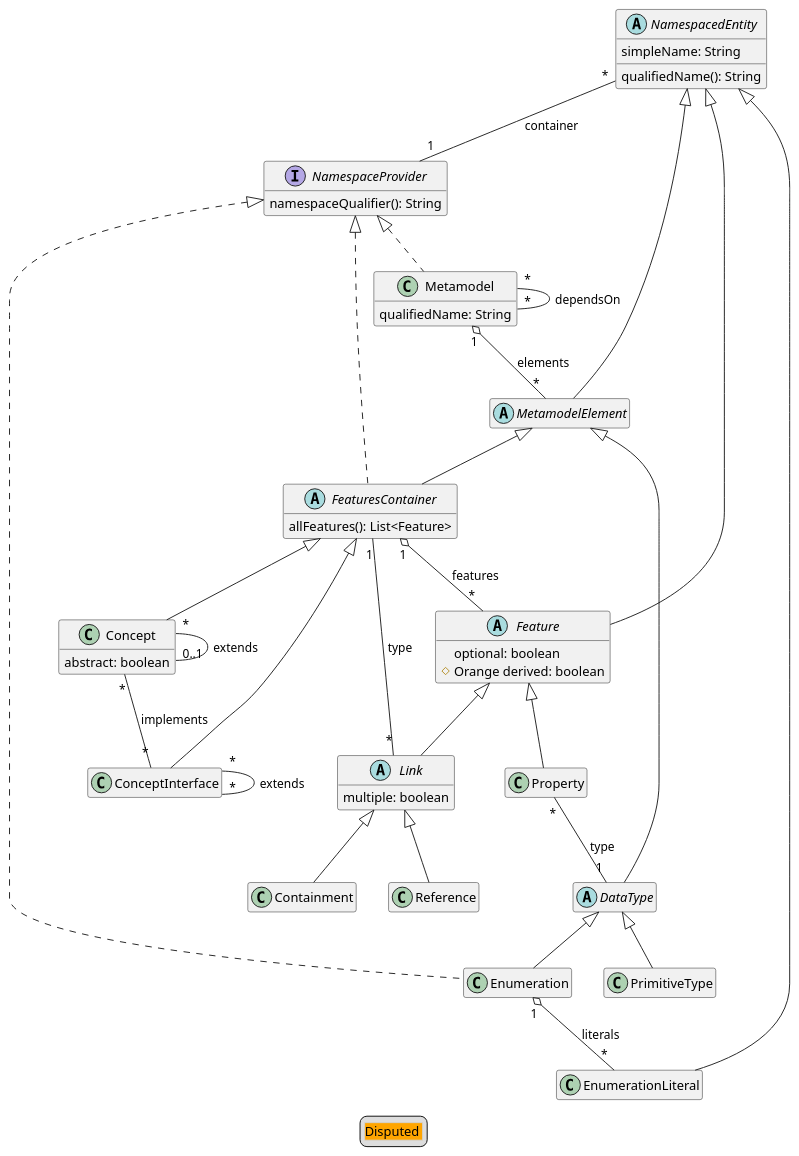
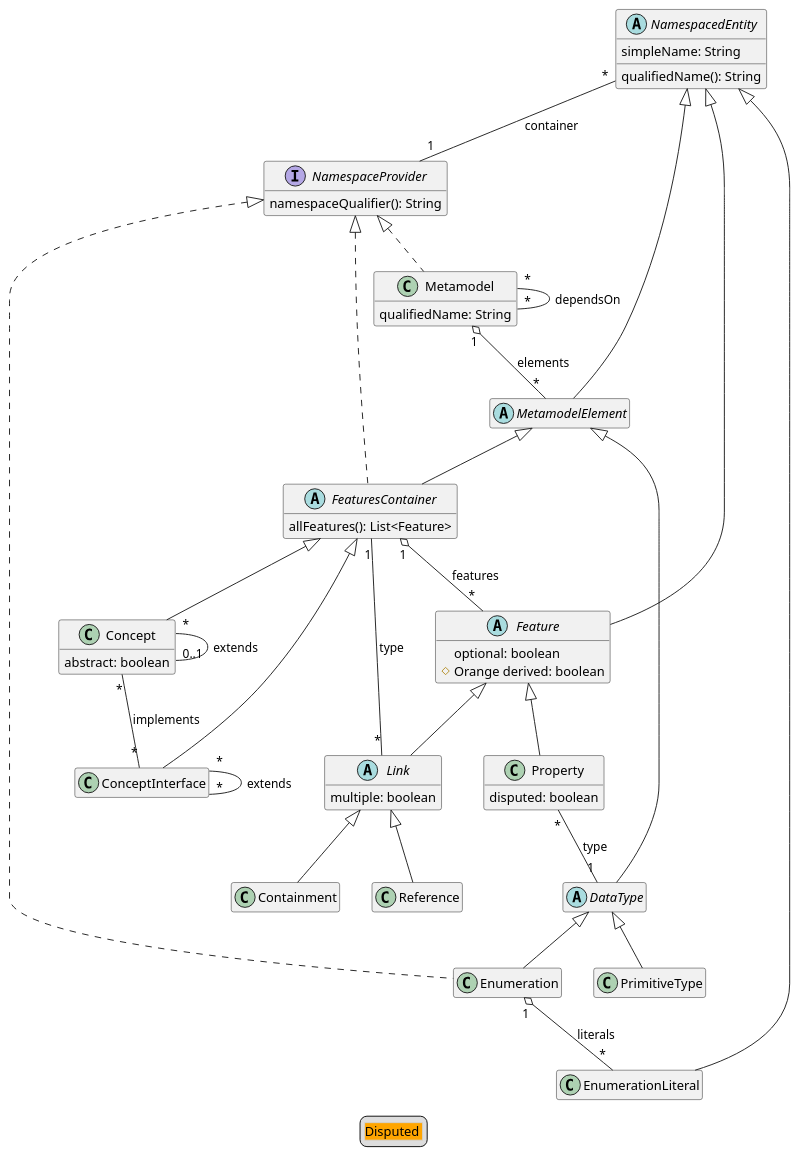
Before and after one commit to LionWeb-io/lionweb-typescript: the diagram in diagrams/metametamodel-gen.puml, drawn with PlantUML. The commit also changed 7 other files, not shown here.

First line of the commit message:
implement generation of metamodel-specific JSON Schema

```diff
--- a/diagrams/metametamodel-gen.puml
+++ b/diagrams/metametamodel-gen.puml
@@ -1,89 +1,91 @@
 @startuml
 hide empty members
 
 ' qualified name: "LIonCore"
 
 
 class Concept extends FeaturesContainer {
   abstract: boolean
 }
 
 class ConceptInterface extends FeaturesContainer
 
 class Containment extends Link
 
 abstract class DataType extends MetamodelElement
 
 class Enumeration extends DataType implements NamespaceProvider
 
 class EnumerationLiteral extends NamespacedEntity
 
 abstract class Feature extends NamespacedEntity {
   optional: boolean
   #Orange derived: boolean
 }
 
 abstract class FeaturesContainer extends MetamodelElement implements NamespaceProvider {
   allFeatures(): List<Feature>
 }
 
 ' primitive type: "JSON"
 
 abstract class Link extends Feature {
   multiple: boolean
 }
 
 class Metamodel implements NamespaceProvider {
   qualifiedName: String
 }
 
 abstract class MetamodelElement extends NamespacedEntity
 
 interface NamespaceProvider {
   namespaceQualifier(): String
 }
 
 abstract class NamespacedEntity {
   simpleName: String
   qualifiedName(): String
 }
 
 class PrimitiveType extends DataType
 
-class Property extends Feature
+class Property extends Feature {
+  disputed: boolean
+}
 
 class Reference extends Link
 
 ' primitive type: "String"
 
 ' primitive type: "boolean"
 
 ' primitive type: "int"
 
 
 
 ' relations:
 
 Concept "*" -- "0..1" Concept: extends
 Concept "*" -- "*" ConceptInterface: implements
 
 ConceptInterface "*" -- "*" ConceptInterface: extends
 
 Enumeration "1" o-- "*" EnumerationLiteral: literals
 
 FeaturesContainer "1" o-- "*" Feature: features
 
 Link "*" -- "1" FeaturesContainer: type
 
 Metamodel "1" o-- "*" MetamodelElement: elements
 Metamodel "*" -- "*" Metamodel: dependsOn
 
 NamespacedEntity "*" -- "1" NamespaceProvider: container
 
 Property "*" -- "1" DataType: type
 
 
 legend
   <#LightGray,#LightGray>| <#Orange>Disputed |
 end legend
 @enduml
```
